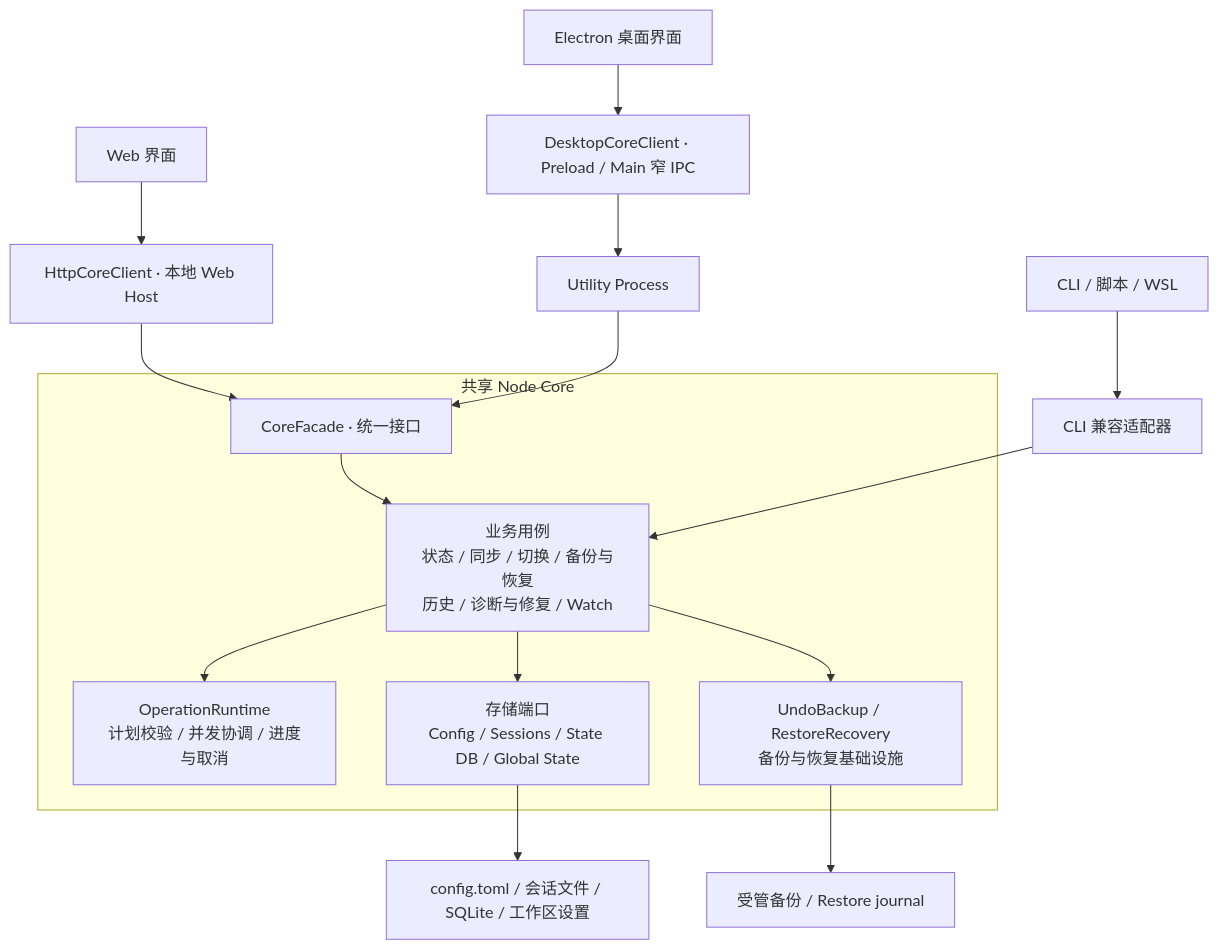
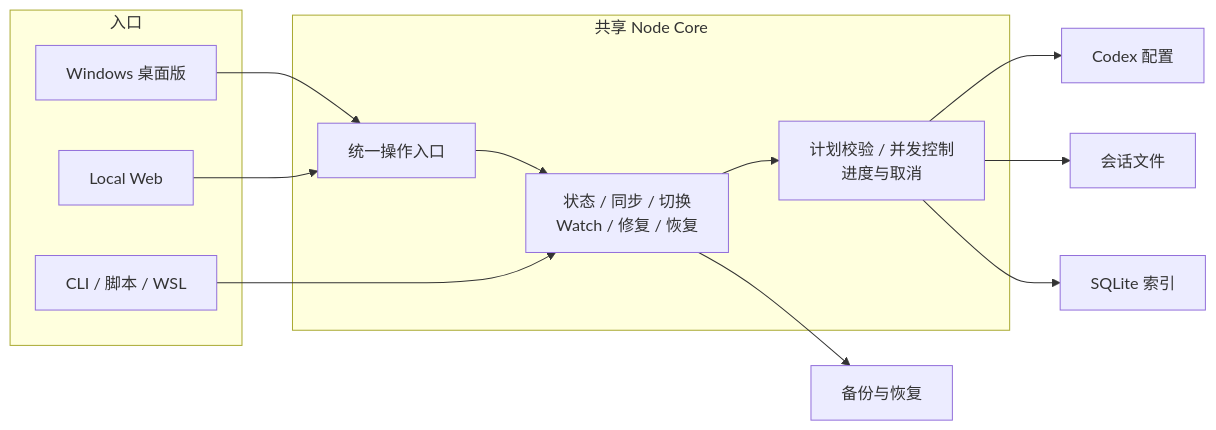
Before and after one commit to Dailin521/codex-provider-sync: the diagram in README.md, drawn with Mermaid. The commit also changed other lines of this file and 28 other files, not shown here.

````diff
--- a/README.md
+++ b/README.md
@@ -90,25 +88,23 @@
 ```mermaid
-flowchart TB
-    CLI["CLI / 脚本 / WSL"] --> Adapter["CLI 兼容适配器"]
-    Web["Web 界面"] --> Http["HttpCoreClient · 本地 Web Host"]
-    Desktop["Electron 桌面界面"] --> IPC["DesktopCoreClient · Preload / Main 窄 IPC"]
-    IPC --> Utility["Utility Process"]
+flowchart LR
+    subgraph Entry["入口"]
+        Desktop["Windows 桌面版"]
+        Web["Local Web"]
+        CLI["CLI / 脚本 / WSL"]
+    end
 
     subgraph Core["共享 Node Core"]
-        Facade["CoreFacade · 统一接口"]
-        UseCases["业务用例<br/>状态 / 同步 / 切换 / 备份与恢复<br/>历史 / 诊断与修复 / Watch"]
-        Runtime["OperationRuntime<br/>计划校验 / 并发协调 / 进度与取消"]
-        Storage["存储端口<br/>Config / Sessions / State DB / Global State"]
-        Backup["UndoBackup / RestoreRecovery<br/>备份与恢复基础设施"]
-        Facade --> UseCases
-        UseCases --> Runtime
-        UseCases --> Storage
-        UseCases --> Backup
+        Interface["统一操作入口"]
+        Operations["状态 / 同步 / 切换<br/>Watch / 修复 / 恢复"]
+        Runtime["计划校验 / 并发控制<br/>进度与取消"]
+        Interface --> Operations --> Runtime
     end
 
-    Http --> Facade
-    Utility --> Facade
-    Adapter --> UseCases
-    Storage --> Data["config.toml / 会话文件 / SQLite / 工作区设置"]
-    Backup --> Managed["受管备份 / Restore journal"]
+    Desktop --> Interface
+    Web --> Interface
+    CLI --> Operations
+    Runtime --> Config["Codex 配置"]
+    Runtime --> Sessions["会话文件"]
+    Runtime --> SQLite["SQLite 索引"]
+    Operations --> Backup["备份与恢复"]
 ```
````
